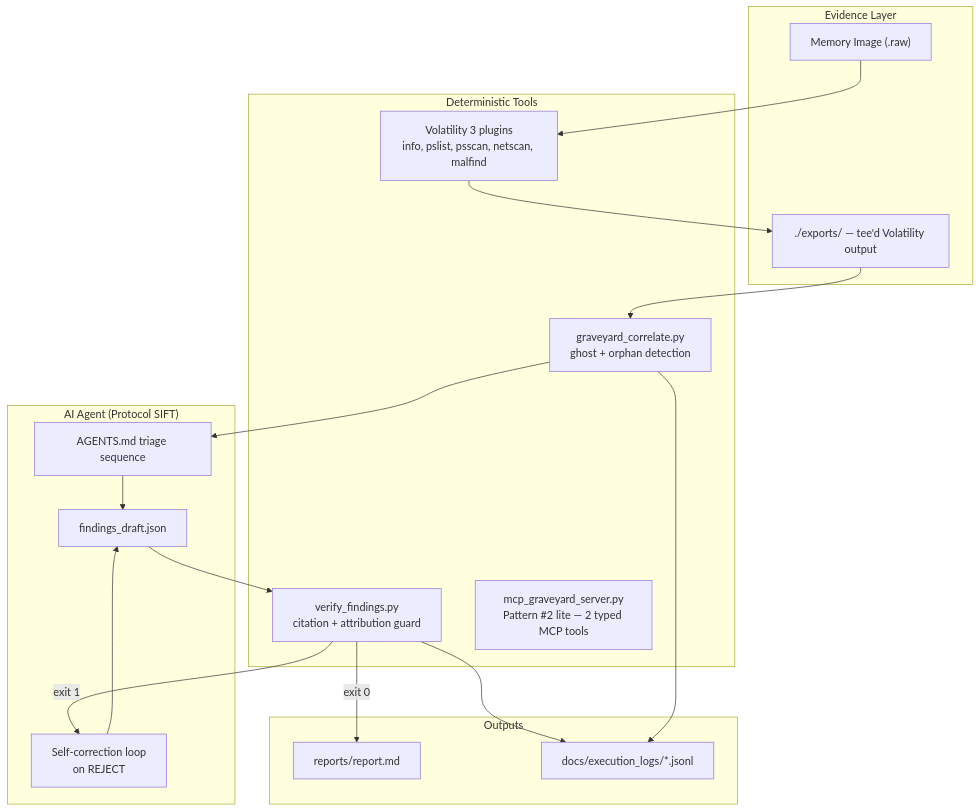
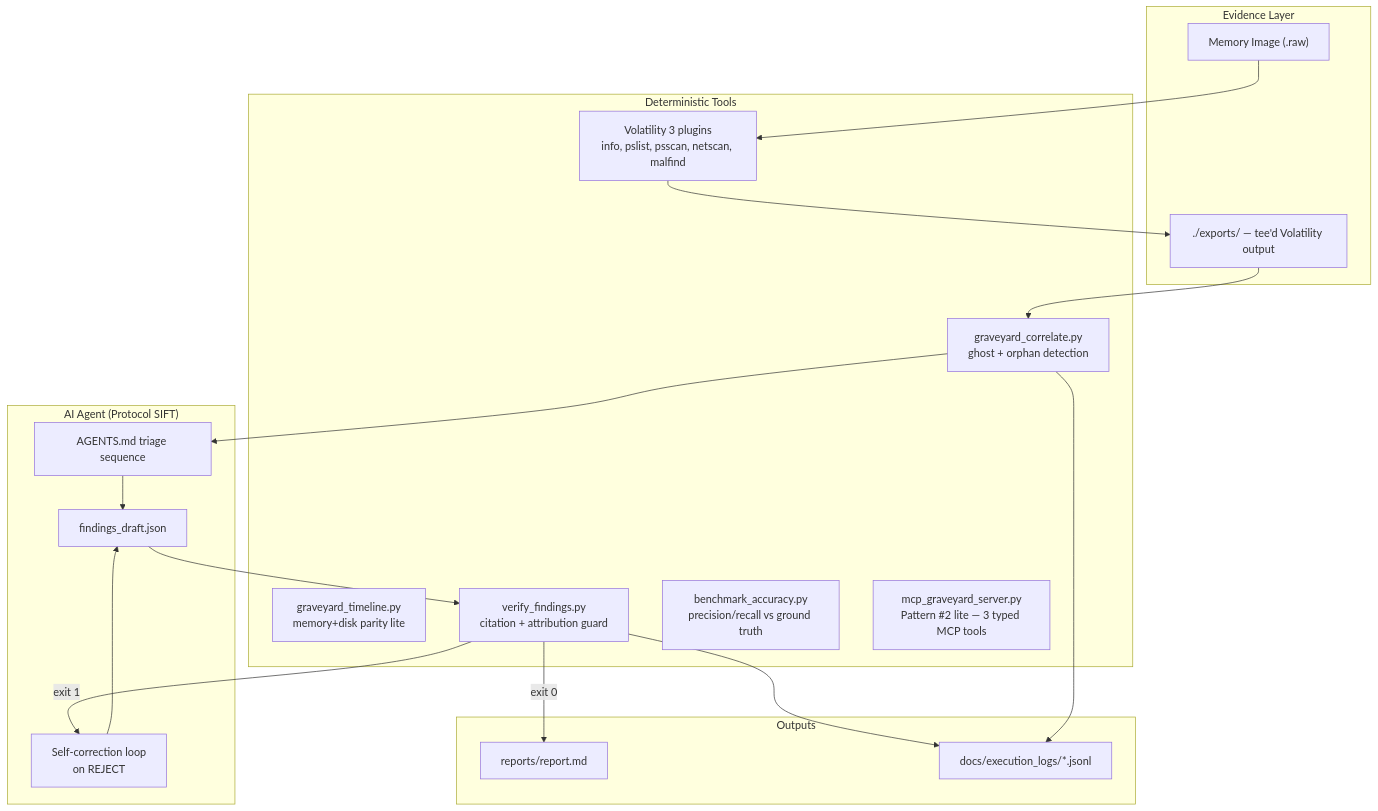
The first of 3 diagrams in docs/ARCHITECTURE.md (let-the-dreamers-rise/graveyard), drawn with Mermaid before and after one commit. The commit also changed other lines of this file and 24 other files, not shown here.

First line of the commit message:
Sprint upgrade: live triage, benchmark metrics, timeline parity, spoliation tests.

````diff
--- a/docs/ARCHITECTURE.md
+++ b/docs/ARCHITECTURE.md
@@ -7,37 +7,39 @@
 ```mermaid
 flowchart TB
     subgraph evidence["Evidence Layer"]
         MEM["Memory Image (.raw)"]
         EXPORTS["./exports/ — tee'd Volatility output"]
     end
 
     subgraph tools["Deterministic Tools"]
         VOL["Volatility 3 plugins<br/>info, pslist, psscan, netscan, malfind"]
         GC["graveyard_correlate.py<br/>ghost + orphan detection"]
+        GT["graveyard_timeline.py<br/>memory+disk parity lite"]
         VF["verify_findings.py<br/>citation + attribution guard"]
-        MCP["mcp_graveyard_server.py<br/>Pattern #2 lite — 2 typed MCP tools"]
+        BA["benchmark_accuracy.py<br/>precision/recall vs ground truth"]
+        MCP["mcp_graveyard_server.py<br/>Pattern #2 lite — 3 typed MCP tools"]
     end
 
     subgraph agent["AI Agent (Protocol SIFT)"]
         TRIAGE["AGENTS.md triage sequence"]
         DRAFT["findings_draft.json"]
         CORRECT["Self-correction loop<br/>on REJECT"]
     end
 
     subgraph output["Outputs"]
         REPORT["reports/report.md"]
         LOGS["docs/execution_logs/*.jsonl"]
     end
 
     MEM --> VOL
     VOL --> EXPORTS
     EXPORTS --> GC
     GC --> TRIAGE
     TRIAGE --> DRAFT
     DRAFT --> VF
     VF -->|exit 0| REPORT
     VF -->|exit 1| CORRECT
     CORRECT --> DRAFT
     VF --> LOGS
     GC --> LOGS
 ```
````
